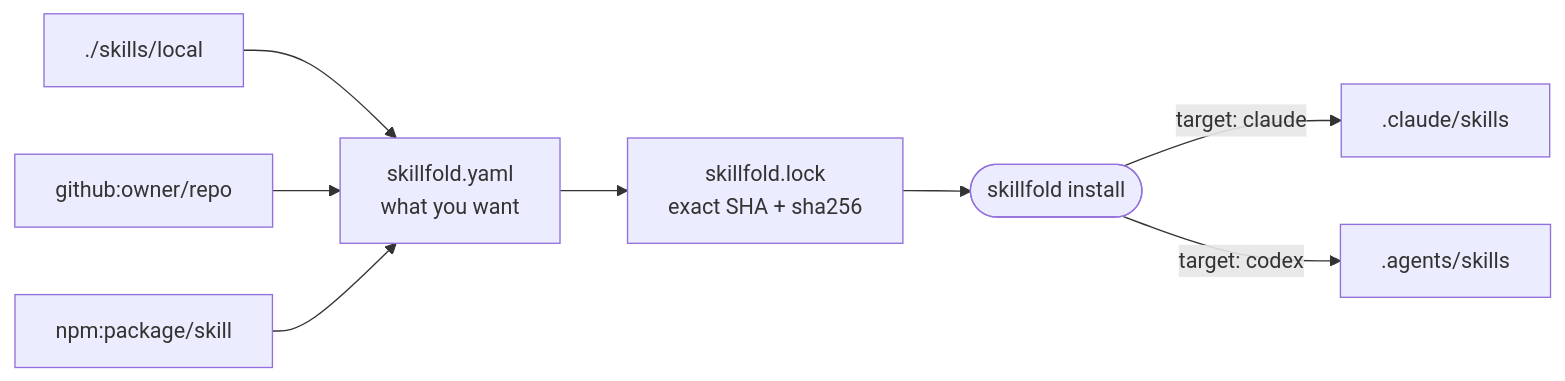
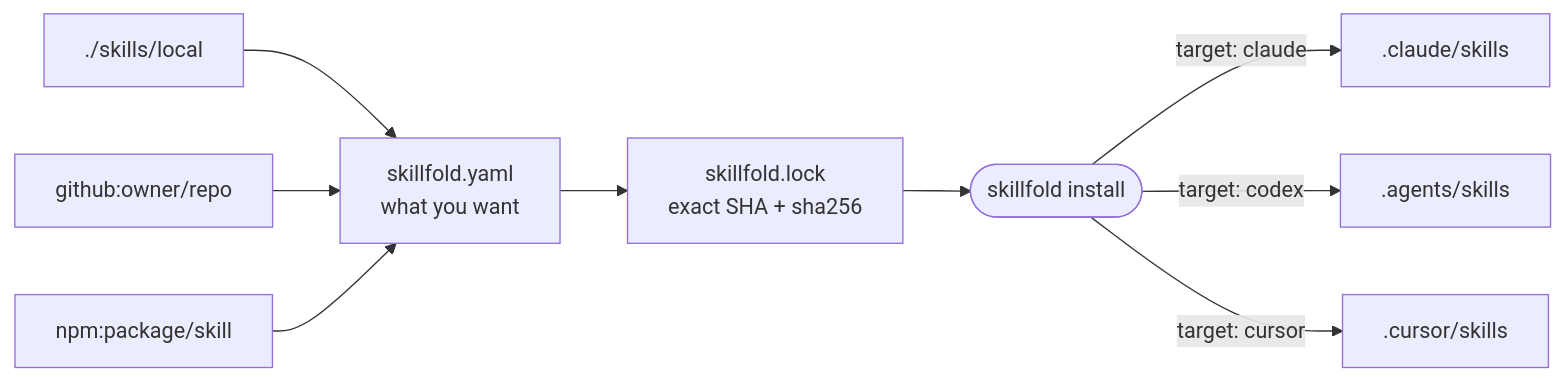
The diagram in README.md (byronxlg/skillfold), drawn with Mermaid before and after one commit. The commit also changed other lines of this file and 21 other files, not shown here.

Commit message:
feat: add Cursor install target (#574)

````diff
--- a/README.md
+++ b/README.md
@@ -53,10 +53,11 @@
 ```mermaid
 flowchart LR
   L["./skills/local"] --> M
   G["github:owner/repo"] --> M
   N["npm:package/skill"] --> M
   M["skillfold.yaml<br/>what you want"] --> K["skillfold.lock<br/>exact SHA + sha256"]
   K --> I(["skillfold install"])
   I -->|"target: claude"| C[".claude/skills"]
   I -->|"target: codex"| X[".agents/skills"]
+  I -->|"target: cursor"| U[".cursor/skills"]
 ```
````
